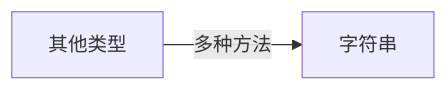
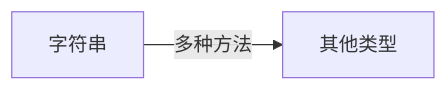
One commit to wwt-13/Notes changed the second of 3 diagrams in Java面向对象学习/Java核心技术/25-Java核心类总结.md. Above: the diagram before and after it, drawn with Mermaid. The commit also changed other lines of this file and 4 other files, not shown here.

````diff
--- a/Java面向对象学习/Java核心技术/25-Java核心类总结.md
+++ b/Java面向对象学习/Java核心技术/25-Java核心类总结.md
@@ -91,4 +91,4 @@
 ```mermaid
 flowchart LR
-其他类型-->|多种方法|字符串
+字符串-->|多种方法|其他类型
 ```
````
